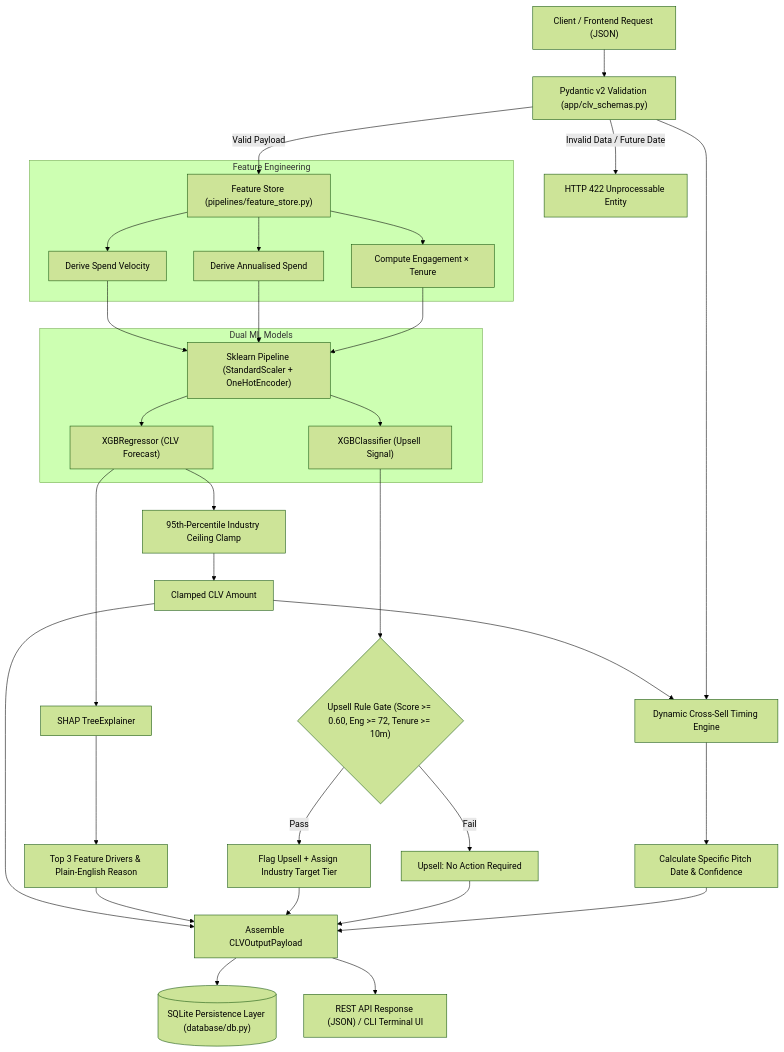
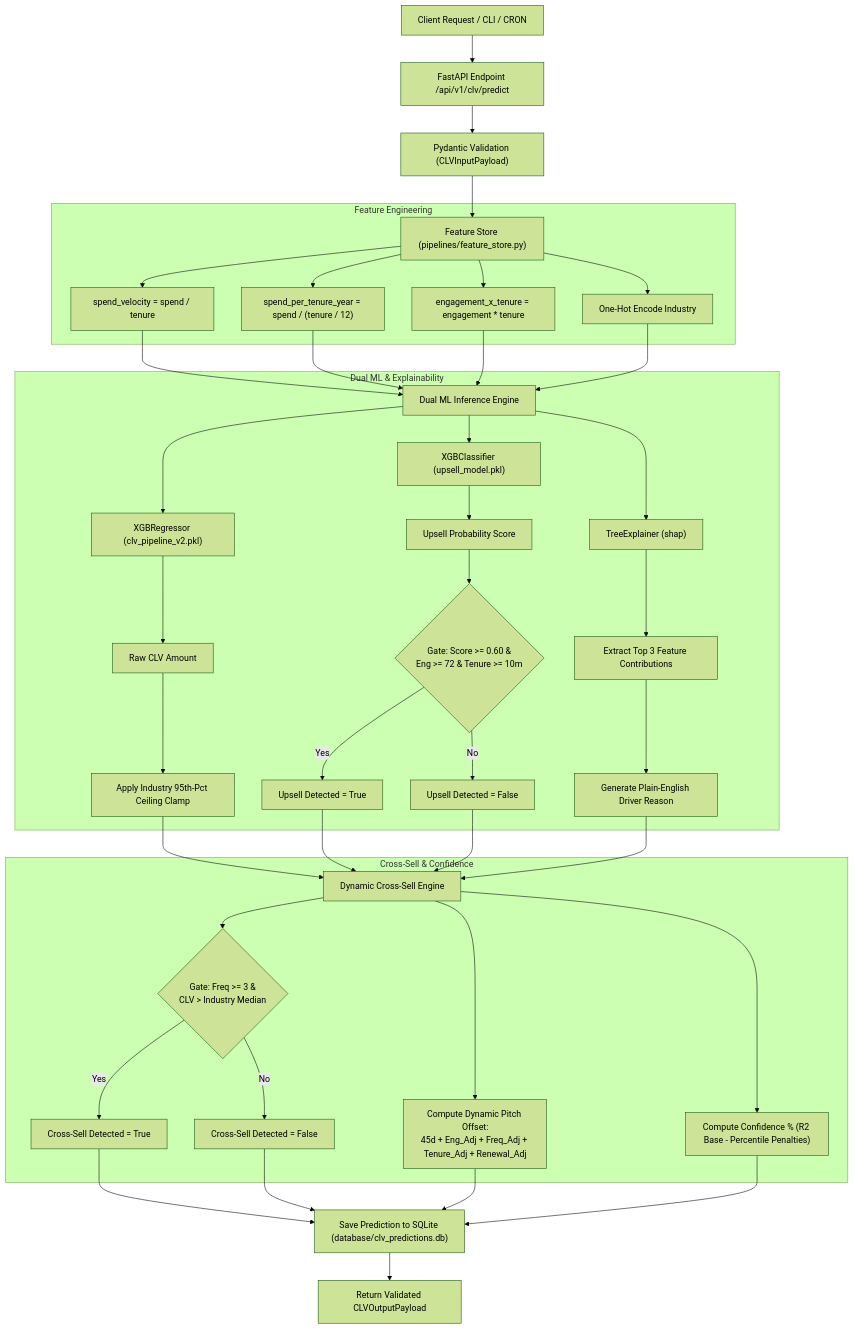
One commit to bhumibisen12/client-lifetime-value-prediction changed the diagram in README.md. Above: the diagram before and after it, drawn with Mermaid (forest theme). The commit also changed other lines of this file and 1 other file, not shown here.

````diff
--- a/README.md
+++ b/README.md
@@ -74,36 +149,46 @@
 ```mermaid
 flowchart TD
-    A["Client / Frontend Request (JSON)"] --> B["Pydantic v2 Validation (app/clv_schemas.py)"]
-    B -->|Invalid Data / Future Date| ERR["HTTP 422 Unprocessable Entity"]
-    B -->|Valid Payload| C["Feature Store (pipelines/feature_store.py)"]
+    A["Client Request / CLI / CRON"] --> B["FastAPI Endpoint /api/v1/clv/predict"]
+    B --> C["Pydantic Validation (CLVInputPayload)"]
+    C --> D["Feature Store (pipelines/feature_store.py)"]
     
     subgraph Feature Engineering
-        C --> C1["Derive Spend Velocity"]
-        C --> C2["Derive Annualised Spend"]
-        C --> C3["Compute Engagement × Tenure"]
+        D --> D1["spend_velocity = spend / tenure"]
+        D --> D2["spend_per_tenure_year = spend / (tenure / 12)"]
+        D --> D3["engagement_x_tenure = engagement * tenure"]
+        D --> D4["One-Hot Encode Industry"]
     end
     
-    C1 & C2 & C3 --> D["Sklearn Pipeline (StandardScaler + OneHotEncoder)"]
+    D1 & D2 & D3 & D4 --> E["Dual ML Inference Engine"]
     
-    subgraph Dual ML Models
-        D --> E1["XGBRegressor (CLV Forecast)"]
-        D --> E2["XGBClassifier (Upsell Signal)"]
+    subgraph Dual ML & Explainability
+        E --> F1["XGBRegressor (clv_pipeline_v2.pkl)"]
+        E --> F2["XGBClassifier (upsell_model.pkl)"]
+        E --> F3["TreeExplainer (shap)"]
+        
+        F1 --> G1["Raw CLV Amount"]
+        G1 --> G2["Apply Industry 95th-Pct Ceiling Clamp"]
+        
+        F2 --> H1["Upsell Probability Score"]
+        H1 --> H2{"Gate: Score >= 0.60 &<br>Eng >= 72 & Tenure >= 10m"}
+        H2 -- Yes --> H3["Upsell Detected = True"]
+        H2 -- No --> H4["Upsell Detected = False"]
+        
+        F3 --> I1["Extract Top 3 Feature Contributions"]
+        I1 --> I2["Generate Plain-English Driver Reason"]
     end
     
-    E1 --> F["95th-Percentile Industry Ceiling Clamp"]
-    F --> G["Clamped CLV Amount"]
+    G2 & H3 & H4 & I2 --> J["Dynamic Cross-Sell Engine"]
     
-    E1 --> H["SHAP TreeExplainer"]
-    H --> I["Top 3 Feature Drivers & Plain-English Reason"]
+    subgraph Cross-Sell & Confidence
+        J --> K1{"Gate: Freq >= 3 &<br>CLV > Industry Median"}
+        K1 -- Yes --> K2["Cross-Sell Detected = True"]
+        K1 -- No --> K3["Cross-Sell Detected = False"]
+        
+        J --> K4["Compute Dynamic Pitch Offset:<br>45d + Eng_Adj + Freq_Adj + Tenure_Adj + Renewal_Adj"]
+        J --> K5["Compute Confidence % (R2 Base - Percentile Penalties)"]
+    end
     
-    E2 --> J{"Upsell Rule Gate (Score >= 0.60, Eng >= 72, Tenure >= 10m)"}
-    J -->|Pass| K["Flag Upsell + Assign Industry Target Tier"]
-    J -->|Fail| L["Upsell: No Action Required"]
-    
-    G & B --> M["Dynamic Cross-Sell Timing Engine"]
-    M --> N["Calculate Specific Pitch Date & Confidence"]
-    
-    G & I & K & L & N --> O["Assemble CLVOutputPayload"]
-    O --> P[("SQLite Persistence Layer (database/db.py)")]
-    O --> Q["REST API Response (JSON) / CLI Terminal UI"]
+    K2 & K3 & K4 & K5 --> L["Save Prediction to SQLite (database/clv_predictions.db)"]
+    L --> M["Return Validated CLVOutputPayload"]
 ```
````
